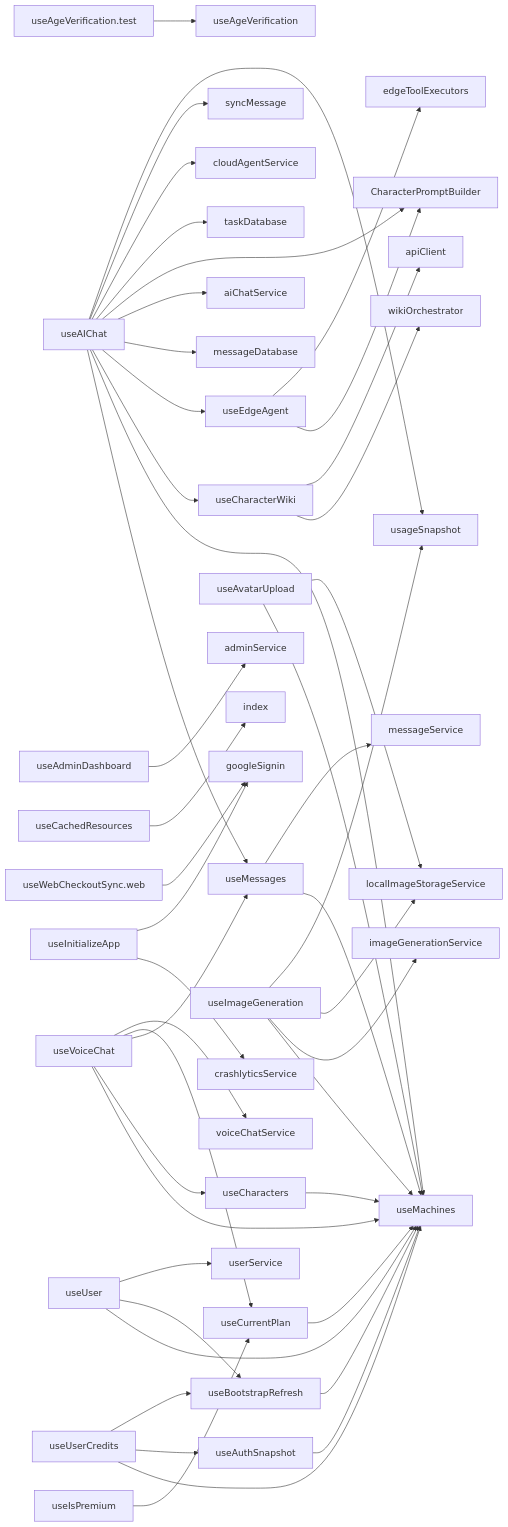
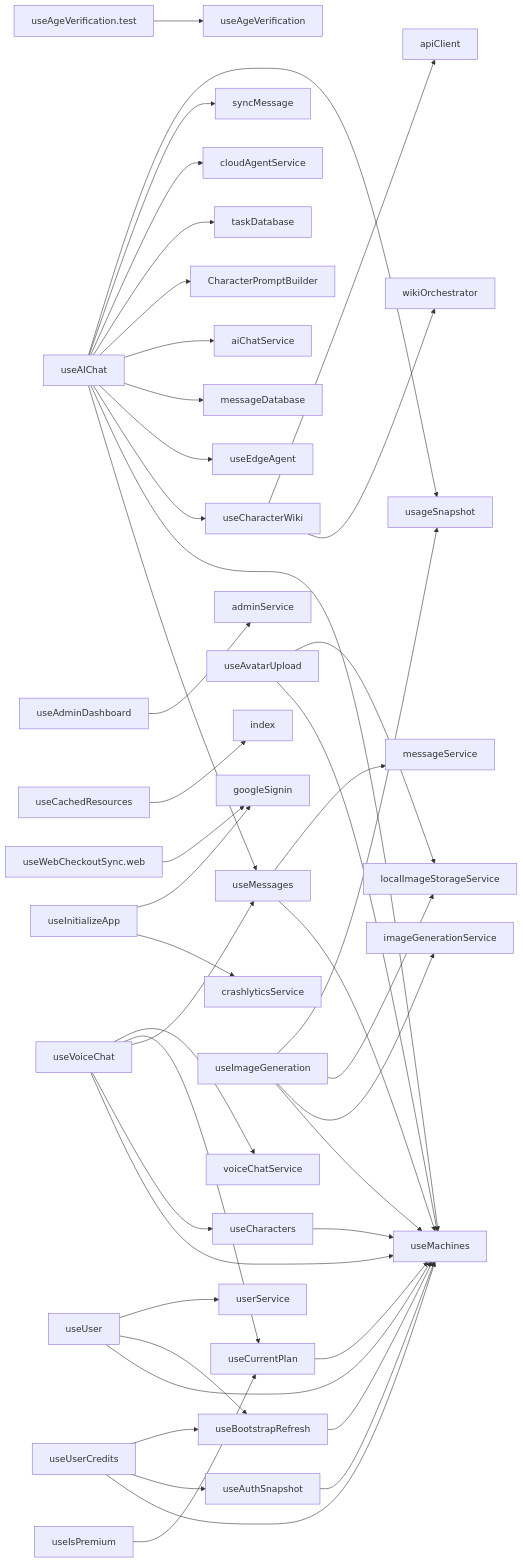
The diagram in docs/flowcharts/HOOKS.md (equationalapplications/clanker), drawn with Mermaid before and after one commit. The commit also changed 4 other files, not shown here.

````diff
--- a/docs/flowcharts/HOOKS.md
+++ b/docs/flowcharts/HOOKS.md
@@ -4,48 +4,46 @@
 ```mermaid
 graph LR
   useAgeVerification.test --> useAgeVerification
   useAIChat --> useMessages
   useAIChat --> useMachines
   useAIChat --> useCharacterWiki
   useAIChat --> useEdgeAgent
   useAIChat --> messageDatabase
   useAIChat --> aiChatService
   useAIChat --> CharacterPromptBuilder
   useAIChat --> taskDatabase
   useAIChat --> cloudAgentService
   useAIChat --> syncMessage
   useAIChat --> usageSnapshot
   useAdminDashboard --> adminService
   useAuthSnapshot --> useMachines
   useAvatarUpload --> useMachines
   useAvatarUpload --> localImageStorageService
   useBootstrapRefresh --> useMachines
   useCachedResources --> index
   useCharacterWiki --> wikiOrchestrator
   useCharacterWiki --> apiClient
   useCharacters --> useMachines
   useCurrentPlan --> useMachines
-  useEdgeAgent --> CharacterPromptBuilder
-  useEdgeAgent --> edgeToolExecutors
   useImageGeneration --> useMachines
   useImageGeneration --> imageGenerationService
   useImageGeneration --> localImageStorageService
   useImageGeneration --> usageSnapshot
   useInitializeApp --> crashlyticsService
   useInitializeApp --> googleSignin
   useIsPremium --> useCurrentPlan
   useMessages --> useMachines
   useMessages --> messageService
   useUser --> useMachines
   useUser --> useBootstrapRefresh
   useUser --> userService
   useUserCredits --> useMachines
   useUserCredits --> useAuthSnapshot
   useUserCredits --> useBootstrapRefresh
   useVoiceChat --> useMachines
   useVoiceChat --> useCharacters
   useVoiceChat --> useMessages
   useVoiceChat --> useCurrentPlan
   useVoiceChat --> voiceChatService
   useWebCheckoutSync.web --> googleSignin
 ```
````
